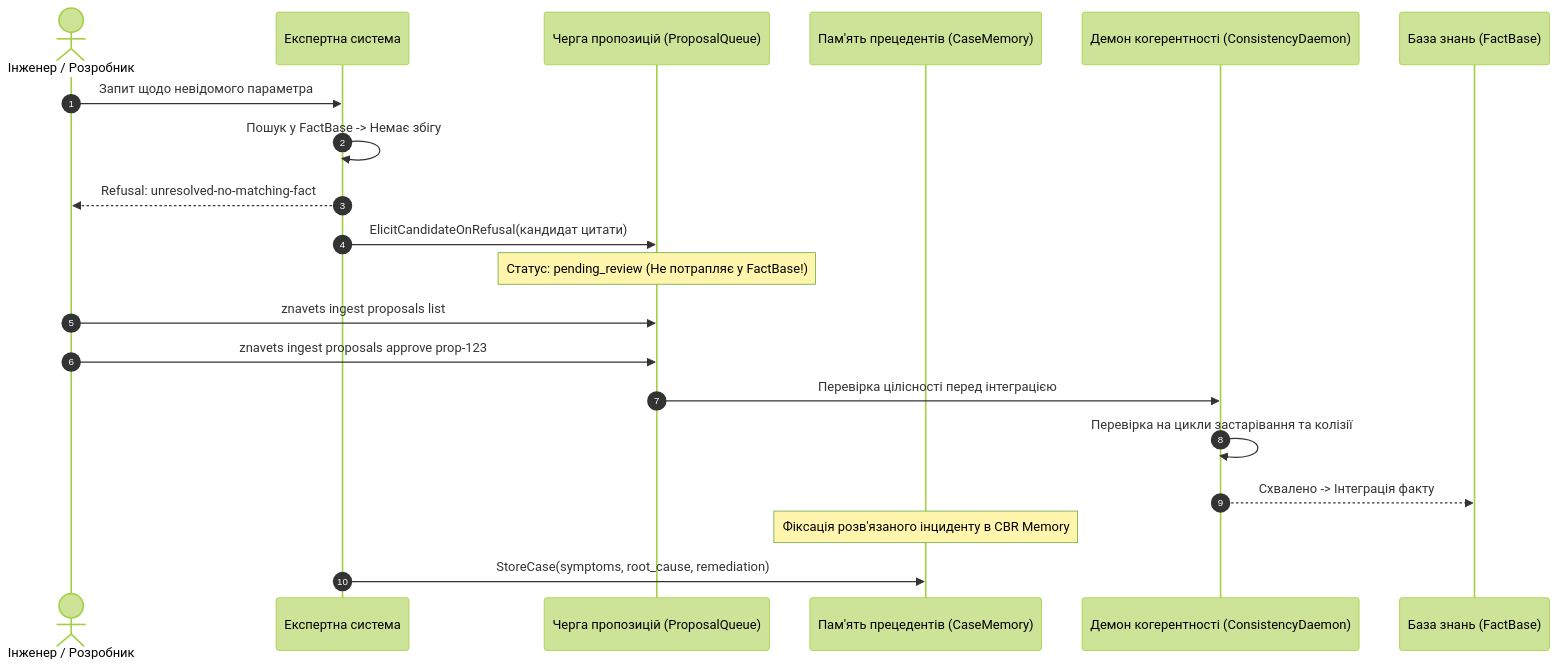
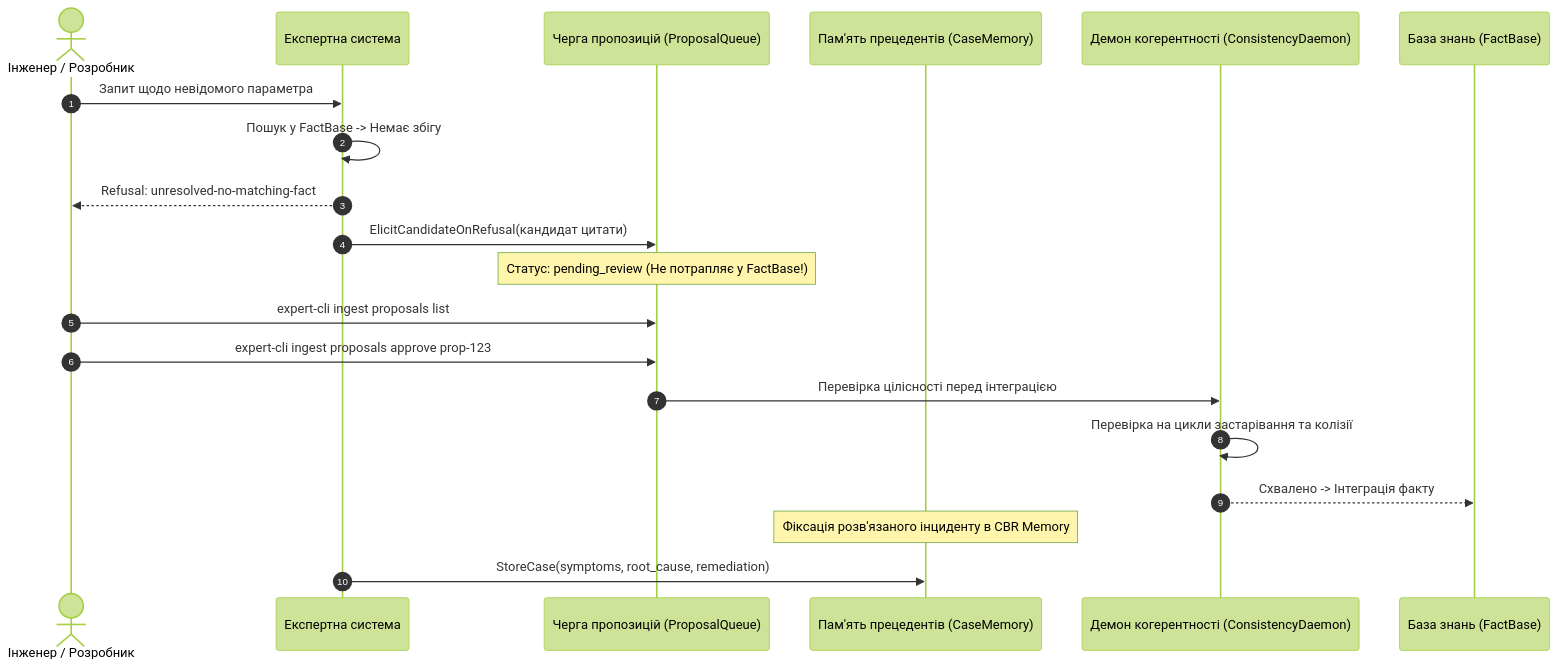
Before and after one commit to nick-fedchik/articles: the third of 3 diagrams in ExpertSystem/book/ch28-dual-mode-expert-systems.md, drawn with Mermaid (forest theme). The commit also changed other lines of this file and 3 other files, not shown here.

````diff
--- a/ExpertSystem/book/ch28-dual-mode-expert-systems.md
+++ b/ExpertSystem/book/ch28-dual-mode-expert-systems.md
@@ -200,25 +200,25 @@
 ```mermaid
 sequenceDiagram
     autonumber
     actor Dev as Інженер / Розробник
     participant Engine as Експертна система
     participant Buffer as Черга пропозицій (ProposalQueue)
     participant CBR as Пам'ять прецедентів (CaseMemory)
     participant Daemon as Демон когерентності (ConsistencyDaemon)
     participant FactBase as База знань (FactBase)
 
     Dev->>Engine: Запит щодо невідомого параметра
     Engine->>Engine: Пошук у FactBase -> Немає збігу
     Engine-->>Dev: Refusal: unresolved-no-matching-fact
     Engine->>Buffer: ElicitCandidateOnRefusal(кандидат цитати)
     Note over Buffer: Статус: pending_review (Не потрапляє у FactBase!)
     
-    Dev->>Buffer: znavets ingest proposals list
-    Dev->>Buffer: znavets ingest proposals approve prop-123
+    Dev->>Buffer: expert-cli ingest proposals list
+    Dev->>Buffer: expert-cli ingest proposals approve prop-123
     Buffer->>Daemon: Перевірка цілісності перед інтеграцією
     Daemon->>Daemon: Перевірка на цикли застарівання та колізії
     Daemon-->>FactBase: Схвалено -> Інтеграція факту
     
     Note over CBR: Фіксація розв'язаного інциденту в CBR Memory
     Engine->>CBR: StoreCase(symptoms, root_cause, remediation)
 ```
````
